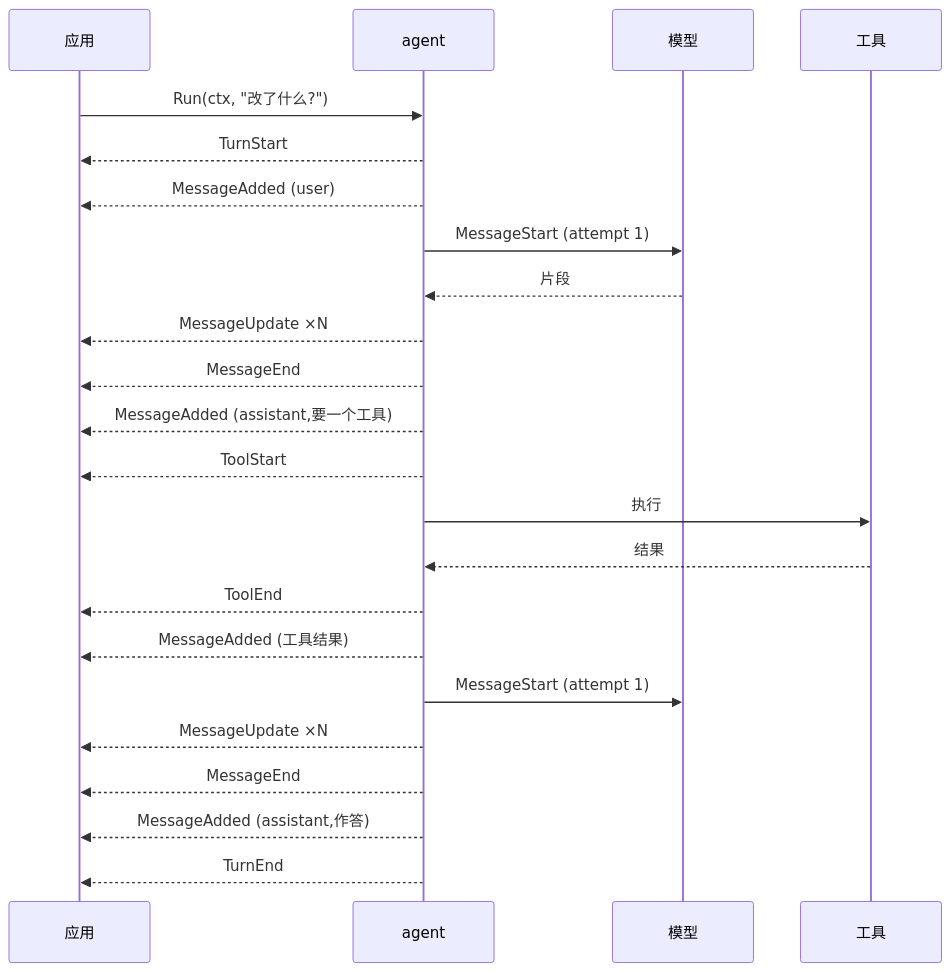
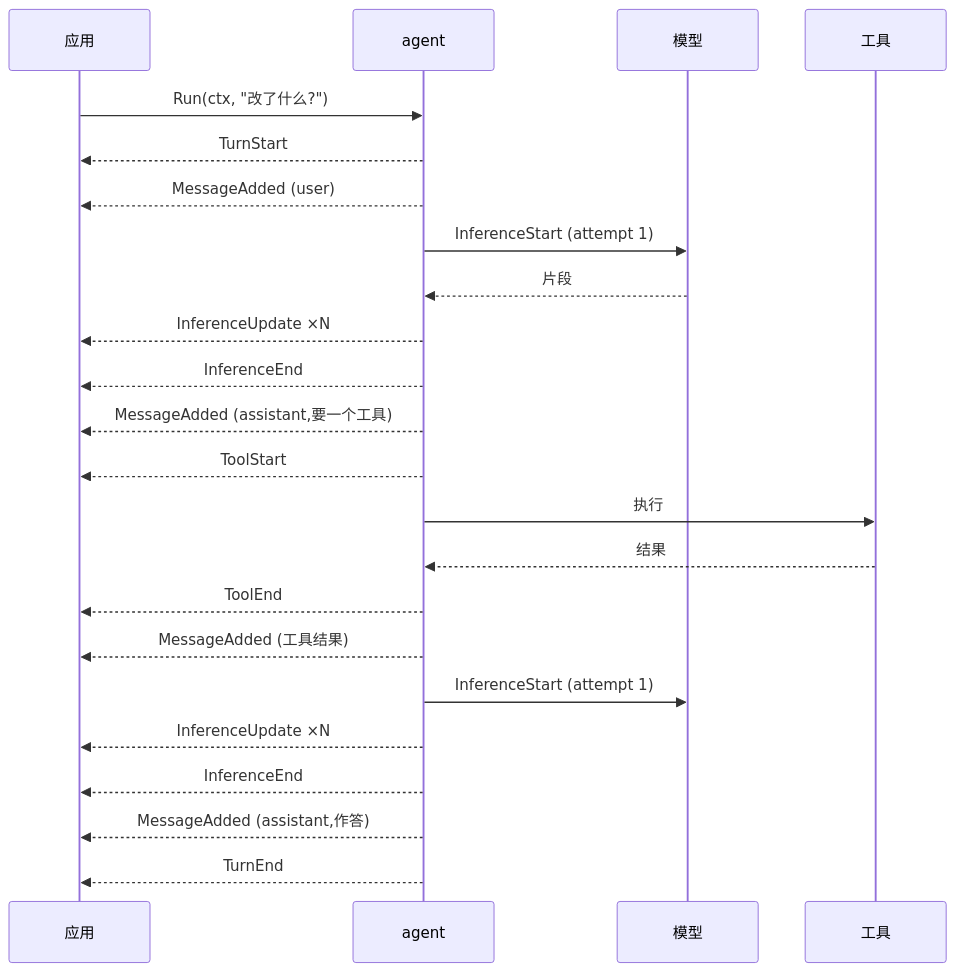
One commit to genai-io/sdk-go changed the third of 4 diagrams in docs/agent.zh-CN.md. Above: the diagram before and after it, drawn with Mermaid. The commit also changed other lines of this file and 121 other files, not shown here.

````diff
--- a/docs/agent.zh-CN.md
+++ b/docs/agent.zh-CN.md
@@ -164,26 +158,26 @@
 ```mermaid
 sequenceDiagram
     participant App as 应用
     participant Agent as agent
     participant Model as 模型
     participant Tool as 工具
 
     App->>Agent: Run(ctx, "改了什么?")
     Agent-->>App: TurnStart
     Agent-->>App: MessageAdded (user)
-    Agent->>Model: MessageStart (attempt 1)
+    Agent->>Model: InferenceStart (attempt 1)
     Model-->>Agent: 片段
-    Agent-->>App: MessageUpdate ×N
-    Agent-->>App: MessageEnd
+    Agent-->>App: InferenceUpdate ×N
+    Agent-->>App: InferenceEnd
     Agent-->>App: MessageAdded (assistant,要一个工具)
     Agent-->>App: ToolStart
     Agent->>Tool: 执行
     Tool-->>Agent: 结果
     Agent-->>App: ToolEnd
     Agent-->>App: MessageAdded (工具结果)
-    Agent->>Model: MessageStart (attempt 1)
-    Agent-->>App: MessageUpdate ×N
-    Agent-->>App: MessageEnd
+    Agent->>Model: InferenceStart (attempt 1)
+    Agent-->>App: InferenceUpdate ×N
+    Agent-->>App: InferenceEnd
     Agent-->>App: MessageAdded (assistant,作答)
     Agent-->>App: TurnEnd
 ```
````
